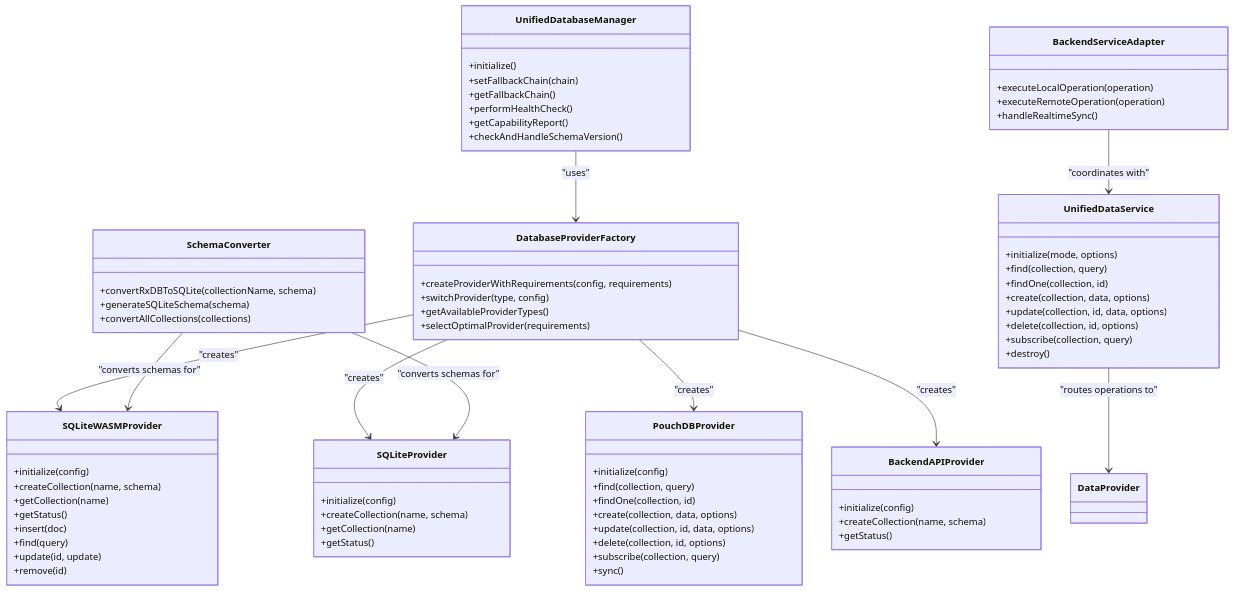
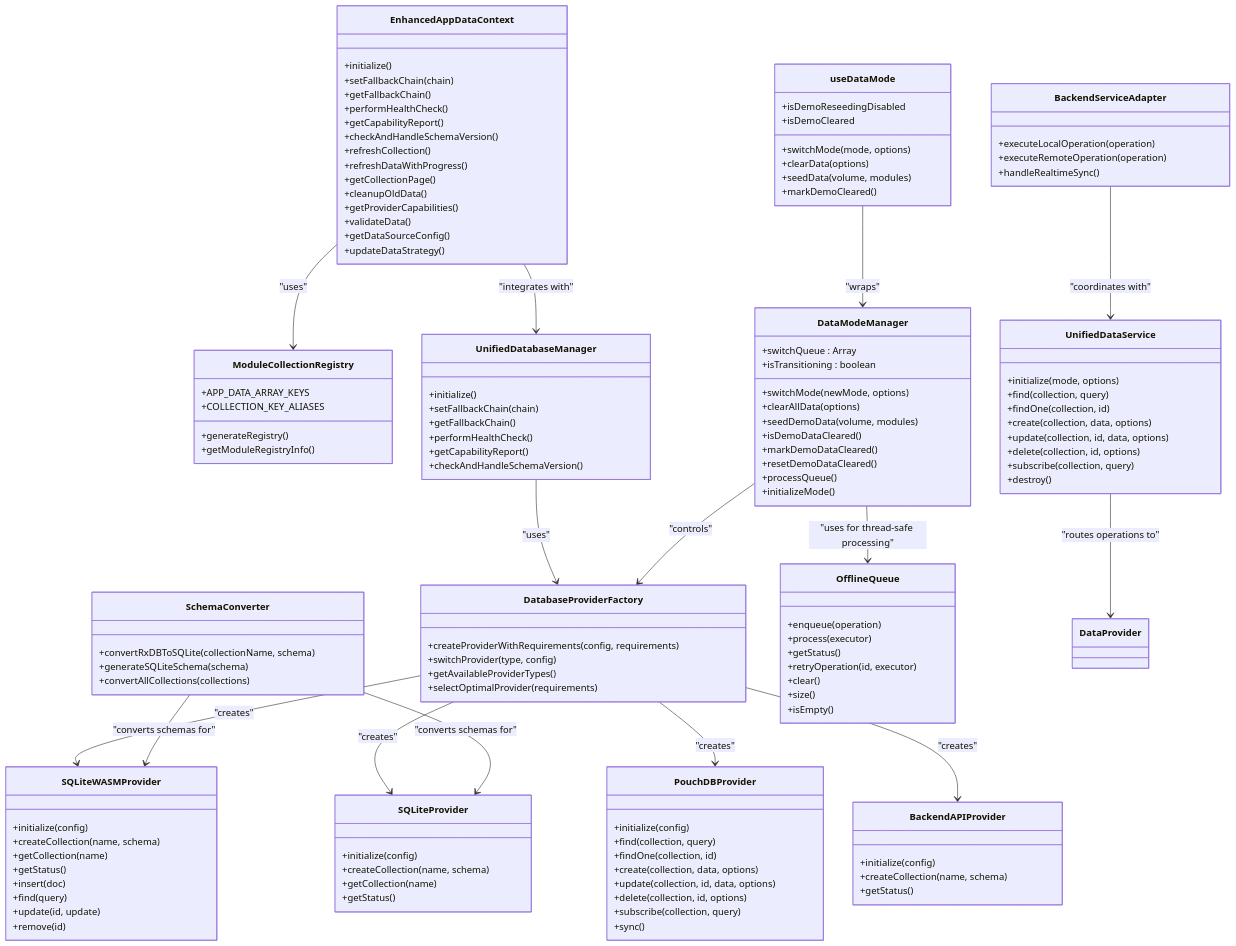
One commit to geniusdynamics/schoolpilot changed the second of 2 diagrams in .qoder/repowiki/en/content/Architecture Overview/Data Layer Architecture.md. Above: the diagram before and after it, drawn with Mermaid. The commit also changed other lines of this file and 54 other files, not shown here.

First line of the commit message:
Comprehensive update: RBAC enhancements, data migration cleanup, UI components, and documentation refresh

````diff
--- a/.qoder/repowiki/en/content/Architecture Overview/Data Layer Architecture.md
+++ b/.qoder/repowiki/en/content/Architecture Overview/Data Layer Architecture.md
@@ -239,5 +330,27 @@
 ```mermaid
 classDiagram
+class EnhancedAppDataContext {
++initialize()
++setFallbackChain(chain)
++getFallbackChain()
++performHealthCheck()
++getCapabilityReport()
++checkAndHandleSchemaVersion()
++refreshCollection()
++refreshDataWithProgress()
++getCollectionPage()
++cleanupOldData()
++getProviderCapabilities()
++validateData()
++getDataSourceConfig()
++updateDataStrategy()
+}
+class ModuleCollectionRegistry {
++generateRegistry()
++APP_DATA_ARRAY_KEYS
++COLLECTION_KEY_ALIASES
++getModuleRegistryInfo()
+}
 class UnifiedDatabaseManager {
 +initialize()
 +setFallbackChain(chain)
@@ -303,6 +416,37 @@
 +executeRemoteOperation(operation)
 +handleRealtimeSync()
 }
+class DataModeManager {
++switchMode(newMode, options)
++clearAllData(options)
++seedDemoData(volume, modules)
++isDemoDataCleared()
++markDemoDataCleared()
++resetDemoDataCleared()
++processQueue()
++initializeMode()
++switchQueue : Array
++isTransitioning : boolean
+}
+class useDataMode {
++switchMode(mode, options)
++clearData(options)
++seedData(volume, modules)
++isDemoReseedingDisabled
++isDemoCleared
++markDemoCleared()
+}
+class OfflineQueue {
++enqueue(operation)
++process(executor)
++getStatus()
++retryOperation(id, executor)
++clear()
++size()
++isEmpty()
+}
+EnhancedAppDataContext --> ModuleCollectionRegistry : "uses"
+EnhancedAppDataContext --> UnifiedDatabaseManager : "integrates with"
 UnifiedDatabaseManager --> DatabaseProviderFactory : "uses"
 UnifiedDataService --> DataProvider : "routes operations to"
 DatabaseProviderFactory --> SQLiteWASMProvider : "creates"
@@ -312,4 +456,7 @@
 SchemaConverter --> SQLiteWASMProvider : "converts schemas for"
 SchemaConverter --> SQLiteProvider : "converts schemas for"
 BackendServiceAdapter --> UnifiedDataService : "coordinates with"
+DataModeManager --> DatabaseProviderFactory : "controls"
+useDataMode --> DataModeManager : "wraps"
+DataModeManager --> OfflineQueue : "uses for thread-safe processing"
 ```
````
